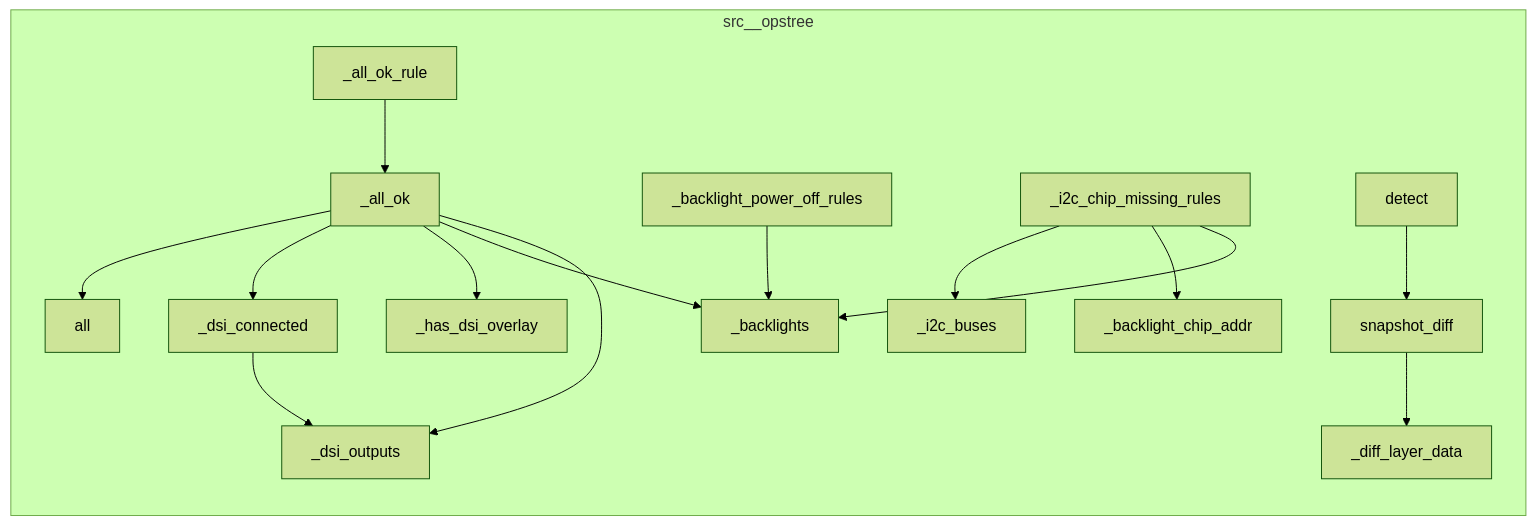
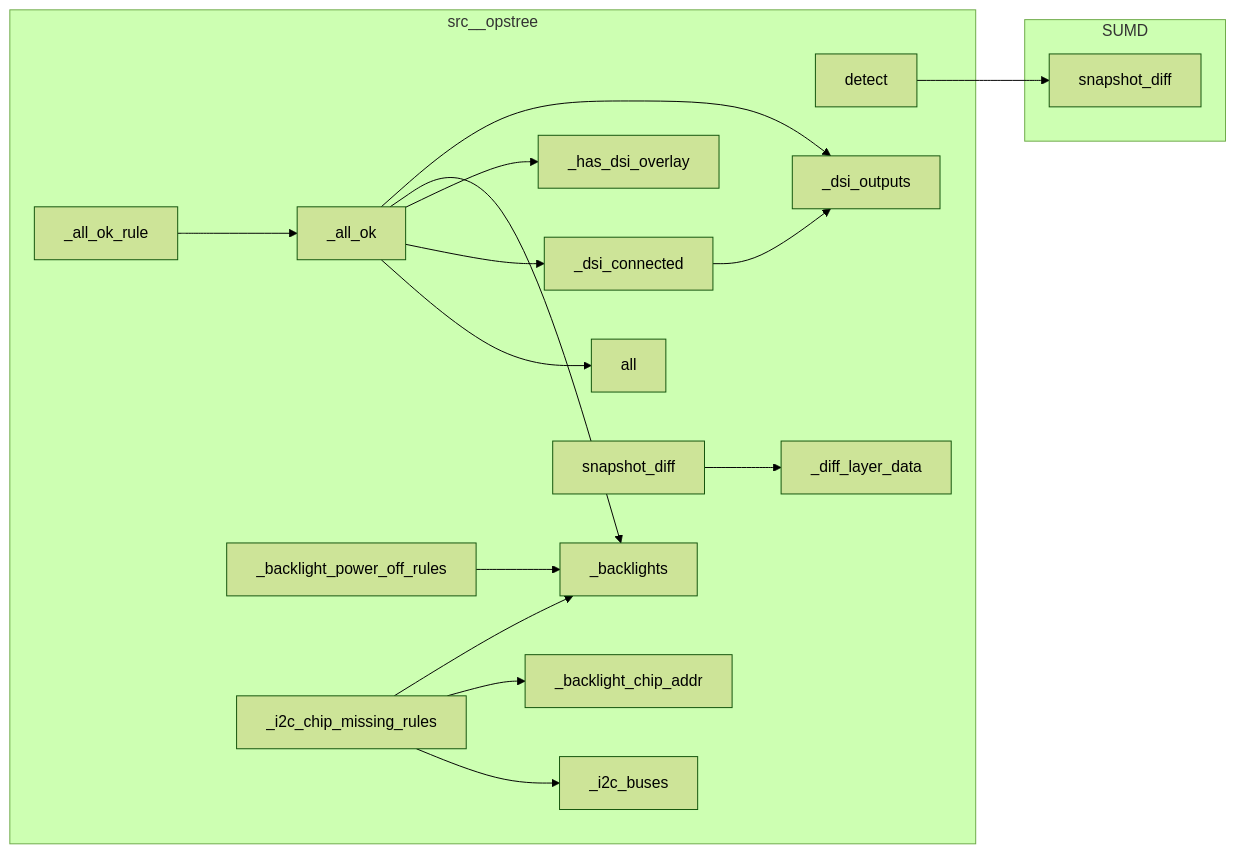
The diagram in project/calls.mmd (semcod/op3), drawn with Mermaid (forest theme) before and after one commit. The commit also changed 28 other files, not shown here.

```diff
--- a/project/calls.mmd
+++ b/project/calls.mmd
@@ -1,30 +1,33 @@
 flowchart LR
+    subgraph SUMD
+        SUMD__snapshot_diff["snapshot_diff"]
+    end
     subgraph src__opstree
-        src__opstree__probes__builtin__rpi_diagnostics___all_ok_rule["_all_ok_rule"]
+        src__opstree__probes__builtin__rpi_diagnostics___all_ok["_all_ok"]
+        src__opstree__probes__registry__ProbeRegistry__all["all"]
         src__opstree__probes__builtin__rpi_diagnostics___backlight_power_off_rules["_backlight_power_off_rules"]
-        src__opstree__probes__builtin__rpi_diagnostics___dsi_connected["_dsi_connected"]
-        src__opstree__probes__builtin__rpi_diagnostics___backlights["_backlights"]
-        src__opstree__snapshot__diff__snapshot_diff["snapshot_diff"]
-        src__opstree__probes__builtin__rpi_diagnostics___all_ok["_all_ok"]
-        src__opstree__probes__builtin__rpi_diagnostics___i2c_chip_missing_rules["_i2c_chip_missing_rules"]
-        src__opstree__snapshot__diff___diff_layer_data["_diff_layer_data"]
         src__opstree__probes__builtin__rpi_diagnostics___backlight_chip_addr["_backlight_chip_addr"]
         src__opstree__drift__detector__DriftDetector__detect["detect"]
-        src__opstree__probes__registry__ProbeRegistry__all["all"]
+        src__opstree__snapshot__diff___diff_layer_data["_diff_layer_data"]
+        src__opstree__probes__builtin__rpi_diagnostics___dsi_connected["_dsi_connected"]
+        src__opstree__probes__builtin__rpi_diagnostics___i2c_chip_missing_rules["_i2c_chip_missing_rules"]
+        src__opstree__probes__builtin__rpi_diagnostics___i2c_buses["_i2c_buses"]
+        src__opstree__snapshot__diff__snapshot_diff["snapshot_diff"]
+        src__opstree__probes__builtin__rpi_diagnostics___all_ok_rule["_all_ok_rule"]
         src__opstree__probes__builtin__rpi_diagnostics___dsi_outputs["_dsi_outputs"]
-        src__opstree__probes__builtin__rpi_diagnostics___i2c_buses["_i2c_buses"]
         src__opstree__probes__builtin__rpi_diagnostics___has_dsi_overlay["_has_dsi_overlay"]
+        src__opstree__probes__builtin__rpi_diagnostics___backlights["_backlights"]
     end
     src__opstree__probes__builtin__rpi_diagnostics___dsi_connected --> src__opstree__probes__builtin__rpi_diagnostics___dsi_outputs
     src__opstree__probes__builtin__rpi_diagnostics___all_ok --> src__opstree__probes__builtin__rpi_diagnostics___dsi_outputs
     src__opstree__probes__builtin__rpi_diagnostics___all_ok --> src__opstree__probes__builtin__rpi_diagnostics___backlights
     src__opstree__probes__builtin__rpi_diagnostics___all_ok --> src__opstree__probes__builtin__rpi_diagnostics___has_dsi_overlay
     src__opstree__probes__builtin__rpi_diagnostics___all_ok --> src__opstree__probes__builtin__rpi_diagnostics___dsi_connected
     src__opstree__probes__builtin__rpi_diagnostics___all_ok --> src__opstree__probes__registry__ProbeRegistry__all
     src__opstree__probes__builtin__rpi_diagnostics___backlight_power_off_rules --> src__opstree__probes__builtin__rpi_diagnostics___backlights
     src__opstree__probes__builtin__rpi_diagnostics___i2c_chip_missing_rules --> src__opstree__probes__builtin__rpi_diagnostics___backlights
     src__opstree__probes__builtin__rpi_diagnostics___i2c_chip_missing_rules --> src__opstree__probes__builtin__rpi_diagnostics___backlight_chip_addr
     src__opstree__probes__builtin__rpi_diagnostics___i2c_chip_missing_rules --> src__opstree__probes__builtin__rpi_diagnostics___i2c_buses
     src__opstree__probes__builtin__rpi_diagnostics___all_ok_rule --> src__opstree__probes__builtin__rpi_diagnostics___all_ok
+    src__opstree__drift__detector__DriftDetector__detect --> SUMD__snapshot_diff
     src__opstree__snapshot__diff__snapshot_diff --> src__opstree__snapshot__diff___diff_layer_data
-    src__opstree__drift__detector__DriftDetector__detect --> src__opstree__snapshot__diff__snapshot_diff
```
